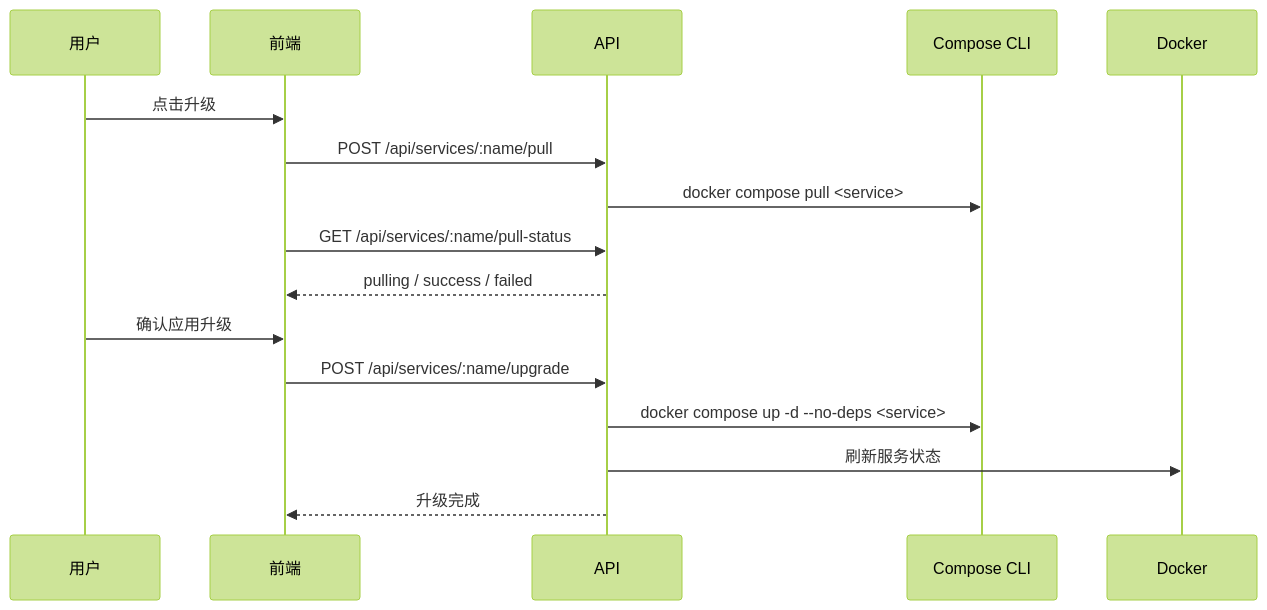
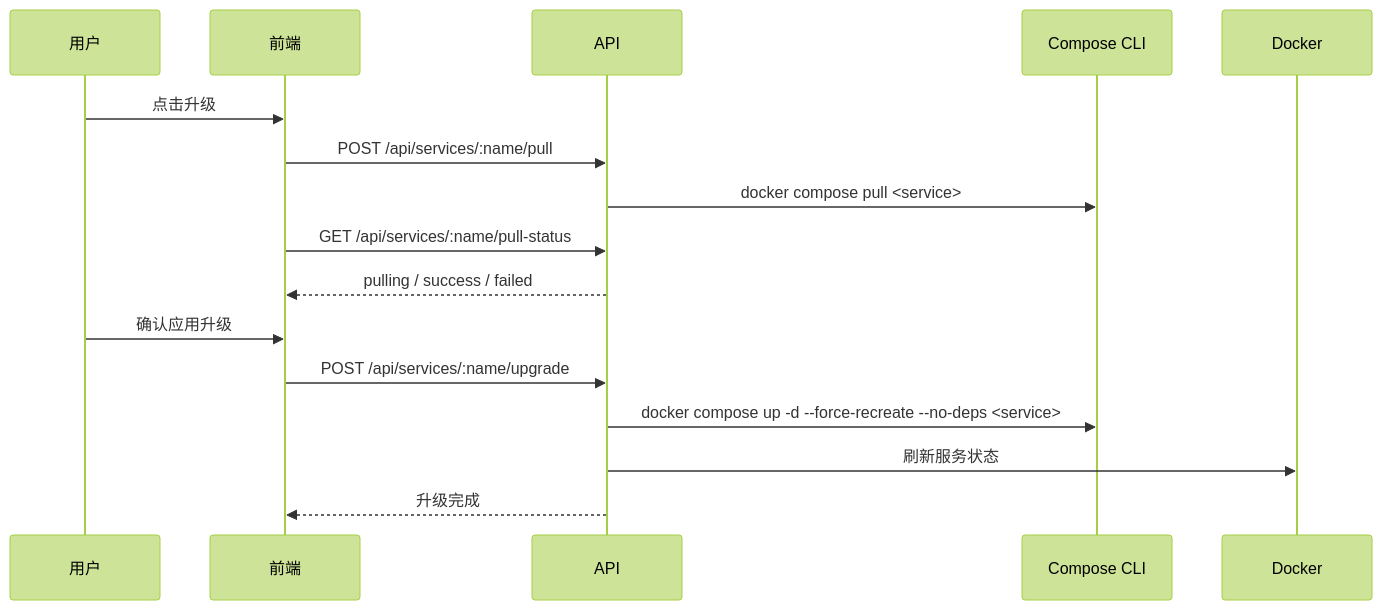
Before and after one commit to fengin/compose-board: the third of 3 diagrams in docs/PRODUCT_MANUAL.md, drawn with Mermaid (forest theme). The commit also changed other lines of this file and 19 other files, not shown here.

````diff
--- a/docs/PRODUCT_MANUAL.md
+++ b/docs/PRODUCT_MANUAL.md
@@ -221,19 +230,19 @@
 ```mermaid
 sequenceDiagram
     participant User as 用户
     participant UI as 前端
     participant API as API
     participant Compose as Compose CLI
     participant Docker as Docker
 
     User->>UI: 点击升级
     UI->>API: POST /api/services/:name/pull
     API->>Compose: docker compose pull <service>
     UI->>API: GET /api/services/:name/pull-status
     API-->>UI: pulling / success / failed
     User->>UI: 确认应用升级
     UI->>API: POST /api/services/:name/upgrade
-    API->>Compose: docker compose up -d --no-deps <service>
+    API->>Compose: docker compose up -d --force-recreate --no-deps <service>
     API->>Docker: 刷新服务状态
     API-->>UI: 升级完成
 ```
````
